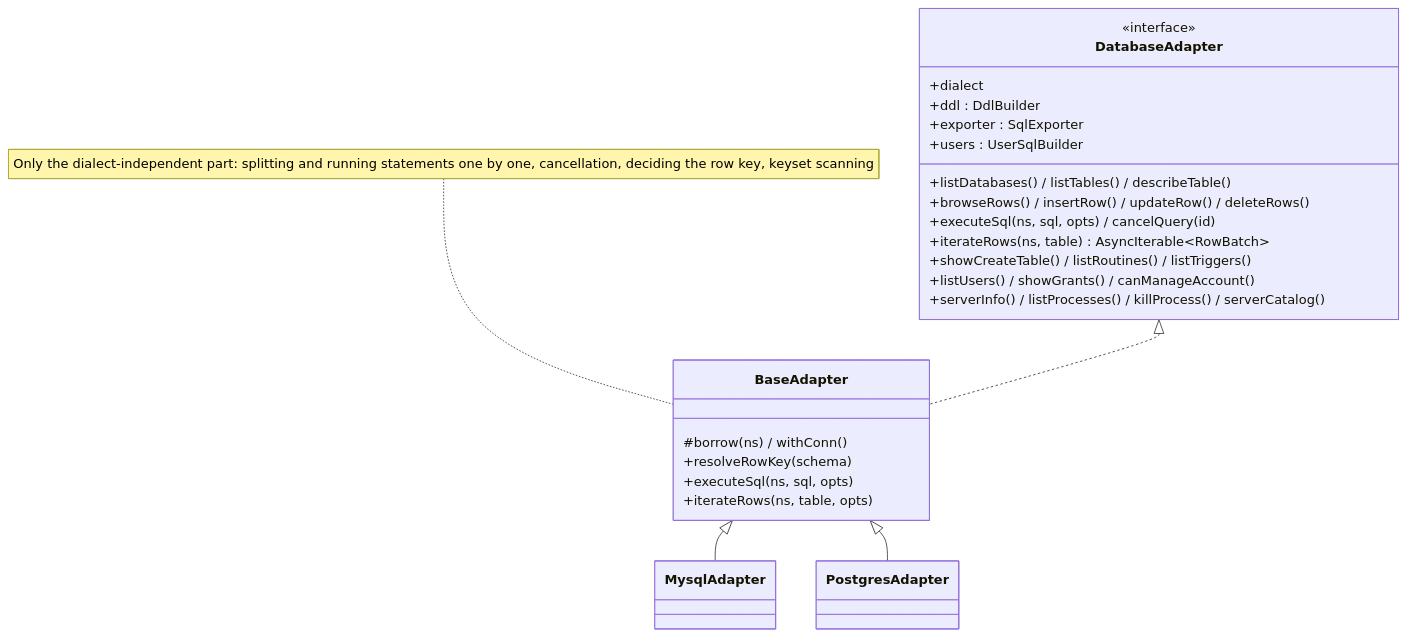
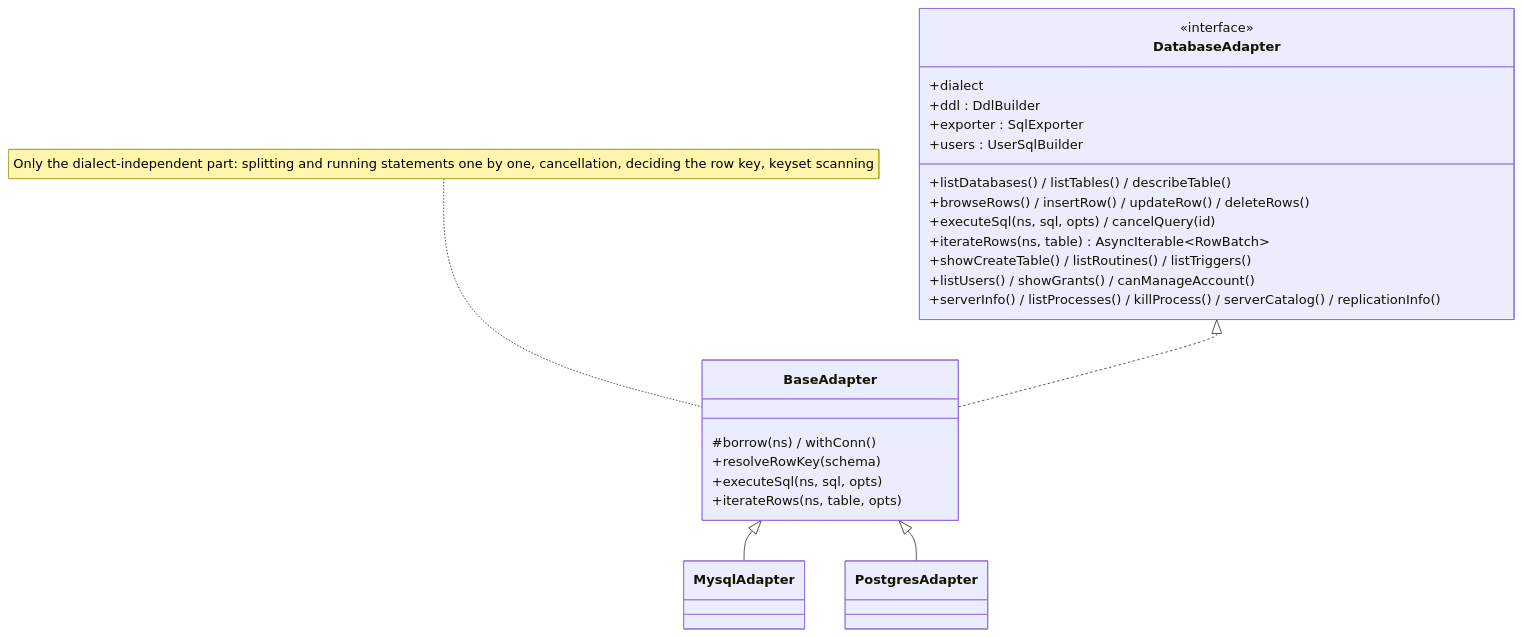
Before and after one commit to ip-san/tsmyadmin: the third of 11 diagrams in docs/en/architecture.md, drawn with Mermaid. The commit also changed other lines of this file and 26 other files, not shown here.

````diff
--- a/docs/en/architecture.md
+++ b/docs/en/architecture.md
@@ -74,29 +74,29 @@
 ```mermaid
 classDiagram
   class DatabaseAdapter {
     <<interface>>
     +dialect
     +listDatabases() / listTables() / describeTable()
     +browseRows() / insertRow() / updateRow() / deleteRows()
     +executeSql(ns, sql, opts) / cancelQuery(id)
     +iterateRows(ns, table) AsyncIterable~RowBatch~
     +showCreateTable() / listRoutines() / listTriggers()
     +listUsers() / showGrants() / canManageAccount()
-    +serverInfo() / listProcesses() / killProcess() / serverCatalog()
+    +serverInfo() / listProcesses() / killProcess() / serverCatalog() / replicationInfo()
     +ddl : DdlBuilder
     +exporter : SqlExporter
     +users : UserSqlBuilder
   }
   class BaseAdapter {
     #borrow(ns) / withConn()
     +resolveRowKey(schema)
     +executeSql(ns, sql, opts)
     +iterateRows(ns, table, opts)
   }
   note for BaseAdapter "Only the dialect-independent part: splitting and running statements one by one, cancellation, deciding the row key, keyset scanning"
   class MysqlAdapter
   class PostgresAdapter
   DatabaseAdapter <|.. BaseAdapter
   BaseAdapter <|-- MysqlAdapter
   BaseAdapter <|-- PostgresAdapter
 ```
````
